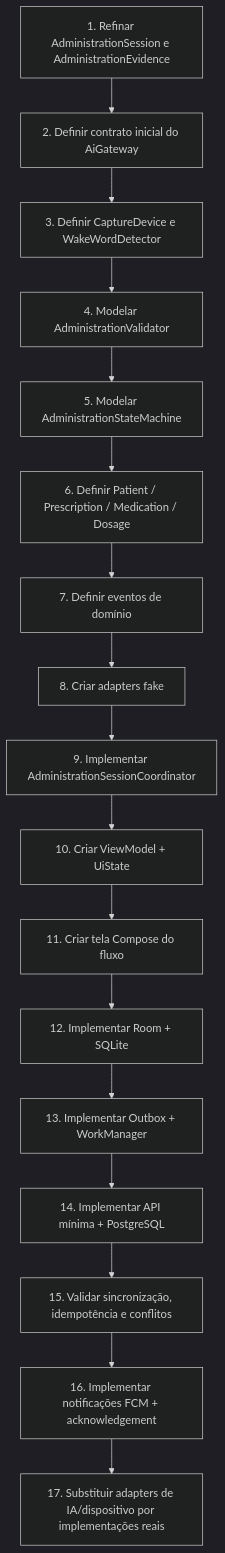
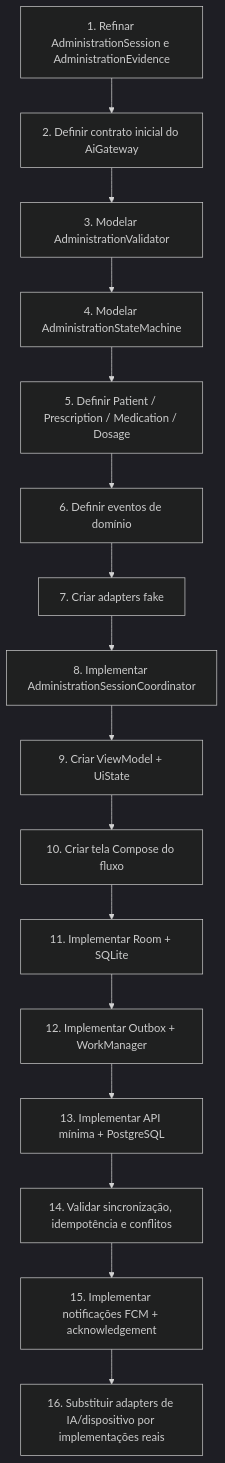
Diagram 23 of 24 in arquitetura-app-ia.md (jaimejcs/CuidarAI), drawn with Mermaid (dark theme) before and after one commit. The commit also changed other lines of this file, not shown here.

Commit message:
doc: remoção de próximos passos que referenciam a wakeword

````diff
--- a/arquitetura-app-ia.md
+++ b/arquitetura-app-ia.md
@@ -1693,22 +1692,21 @@
 ```mermaid
 flowchart TD
     S1[1. Refinar AdministrationSession e AdministrationEvidence]
     S2[2. Definir contrato inicial do AiGateway]
-    S3[3. Definir CaptureDevice e WakeWordDetector]
-    S4[4. Modelar AdministrationValidator]
-    S5[5. Modelar AdministrationStateMachine]
-    S6[6. Definir Patient / Prescription / Medication / Dosage]
-    S7[7. Definir eventos de domínio]
-    S8[8. Criar adapters fake]
-    S9[9. Implementar AdministrationSessionCoordinator]
-    S10[10. Criar ViewModel + UiState]
-    S11[11. Criar tela Compose do fluxo]
-    S12[12. Implementar Room + SQLite]
-    S13[13. Implementar Outbox + WorkManager]
-    S14[14. Implementar API mínima + PostgreSQL]
-    S15[15. Validar sincronização, idempotência e conflitos]
-    S16[16. Implementar notificações FCM + acknowledgement]
-    S17[17. Substituir adapters de IA/dispositivo por implementações reais]
+    S3[3. Modelar AdministrationValidator]
+    S4[4. Modelar AdministrationStateMachine]
+    S5[5. Definir Patient / Prescription / Medication / Dosage]
+    S6[6. Definir eventos de domínio]
+    S7[7. Criar adapters fake]
+    S8[8. Implementar AdministrationSessionCoordinator]
+    S9[9. Criar ViewModel + UiState]
+    S10[10. Criar tela Compose do fluxo]
+    S11[11. Implementar Room + SQLite]
+    S12[12. Implementar Outbox + WorkManager]
+    S13[13. Implementar API mínima + PostgreSQL]
+    S14[14. Validar sincronização, idempotência e conflitos]
+    S15[15. Implementar notificações FCM + acknowledgement]
+    S16[16. Substituir adapters de IA/dispositivo por implementações reais]
 
-    S1 --> S2 --> S3 --> S4 --> S5 --> S6 --> S7 --> S8 --> S9 --> S10 --> S11 --> S12 --> S13 --> S14 --> S15 --> S16 --> S17
+    S1 --> S2 --> S3 --> S4 --> S5 --> S6 --> S7 --> S8 --> S9 --> S10 --> S11 --> S12 --> S13 --> S14 --> S15 --> S16
 ```
````
